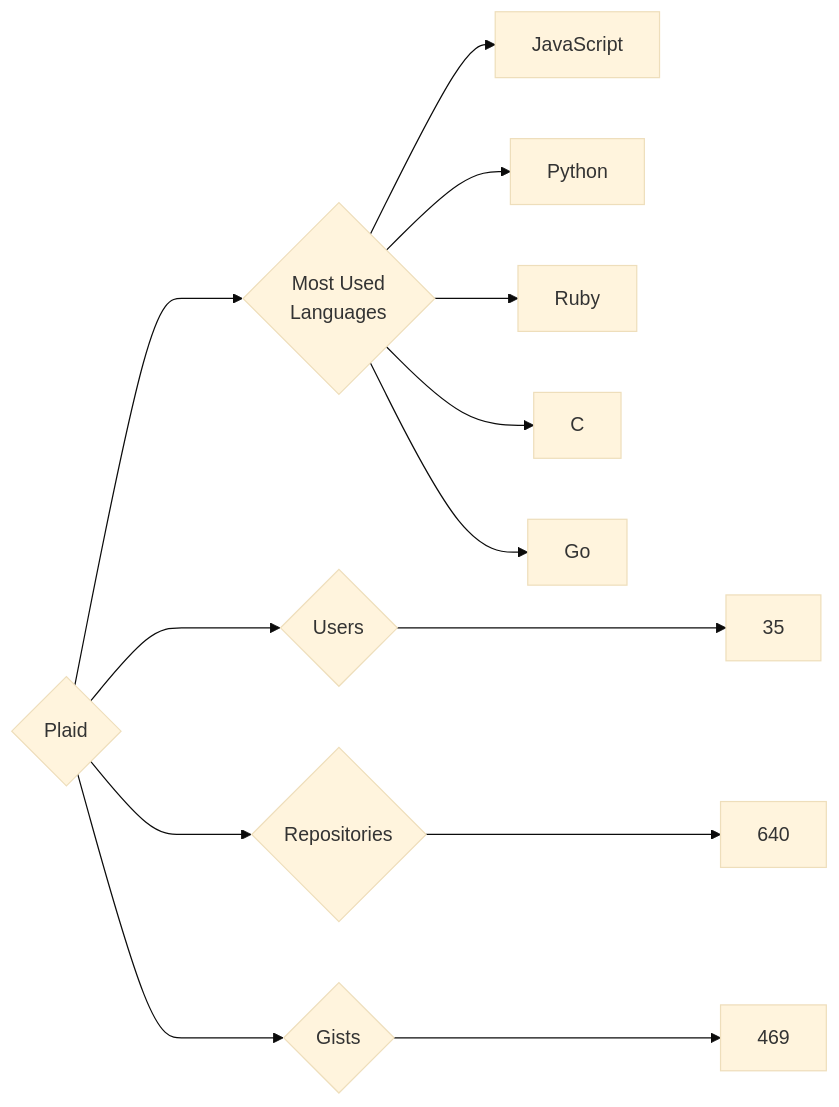
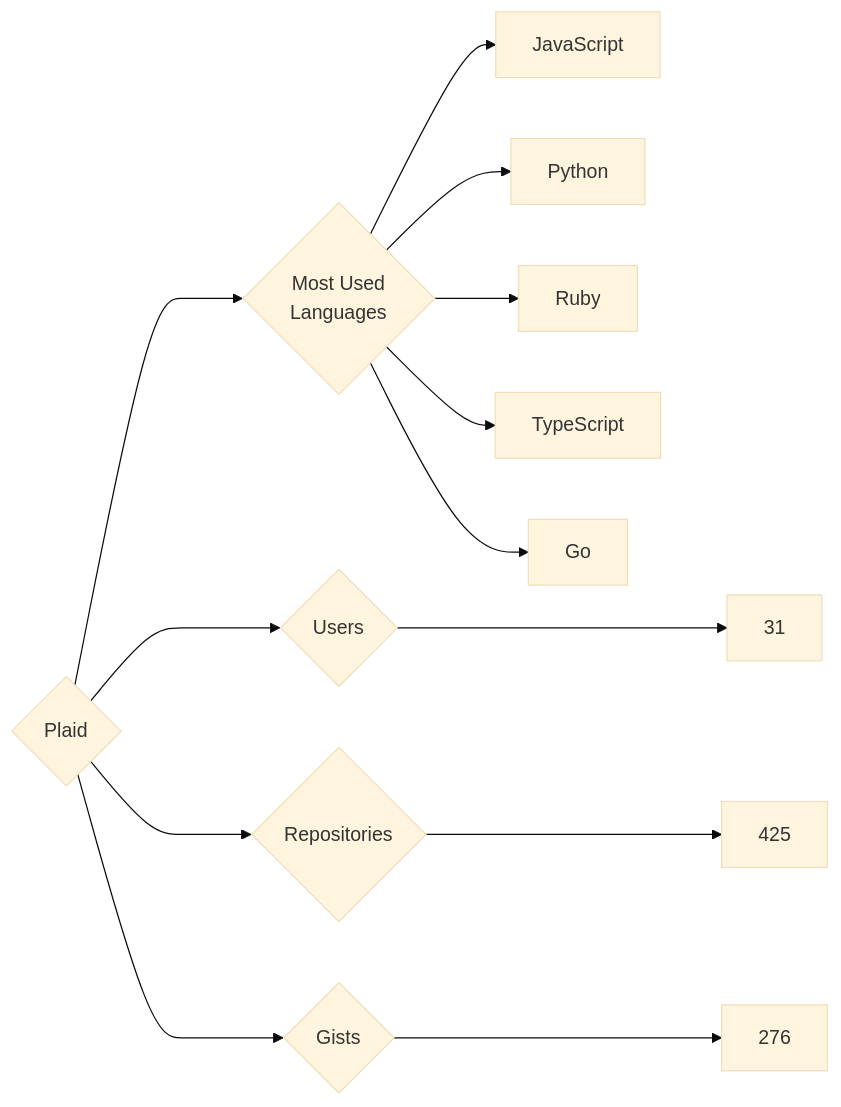
Before and after one commit to trickest/insiders: the diagram in targets/Plaid/README.md, drawn with Mermaid (base theme). The commit also changed 860 other files, not shown here.

````diff
--- a/targets/Plaid/README.md
+++ b/targets/Plaid/README.md
@@ -3,13 +3,13 @@
 ```mermaid
 graph LR
 COMPANY_NAME{Plaid}
-COMPANY_NAME ---> U{Users} ---> UN[35]
-COMPANY_NAME ---> R{Repositories} ---> RN[640]
-COMPANY_NAME ---> G{Gists} ---> GN[469]
+COMPANY_NAME ---> U{Users} ---> UN[31]
+COMPANY_NAME ---> R{Repositories} ---> RN[425]
+COMPANY_NAME ---> G{Gists} ---> GN[276]
 COMPANY_NAME ---> ML{Most Used<br>Languages}
 ML --> JavaScript[JavaScript]
 ML --> Python[Python]
 ML --> Ruby[Ruby]
-ML --> C[C]
+ML --> TypeScript[TypeScript]
 ML --> Go[Go]
 ```
````
